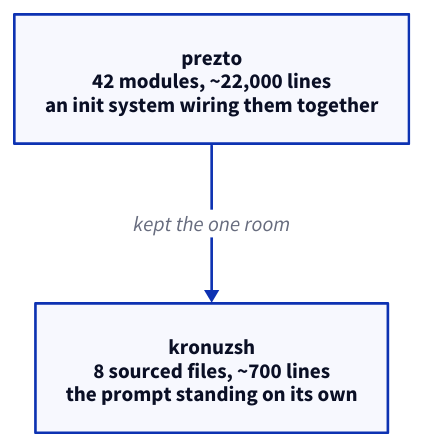
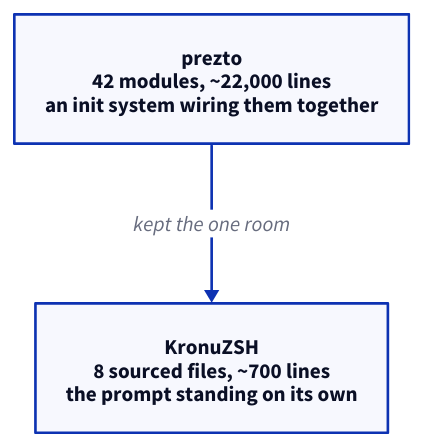
Before and after one commit to Kronuz/Kronuz.github.io: the diagram in src/content/docs/blog/molting.md, drawn with D2. The commit also changed other lines of this file, not shown here.

Commit message:
molting: kronuzsh -> KronuZSH

````diff
--- a/src/content/docs/blog/molting.md
+++ b/src/content/docs/blog/molting.md
@@ -33,6 +33,6 @@
-```d2 alt="prezto loaded 42 modules through an init system to build the shell; kronuzsh sources eight short files directly and the prompt stands on its own."
+```d2 alt="prezto loaded 42 modules through an init system to build the shell; KronuZSH sources eight short files directly and the prompt stands on its own."
 direction: down
 old: "prezto\n42 modules, ~22,000 lines\nan init system wiring them together" { shape: rectangle }
-new: "kronuzsh\n8 sourced files, ~700 lines\nthe prompt standing on its own" { shape: rectangle }
+new: "KronuZSH\n8 sourced files, ~700 lines\nthe prompt standing on its own" { shape: rectangle }
 old -> new: "kept the one room"
 ```
````
